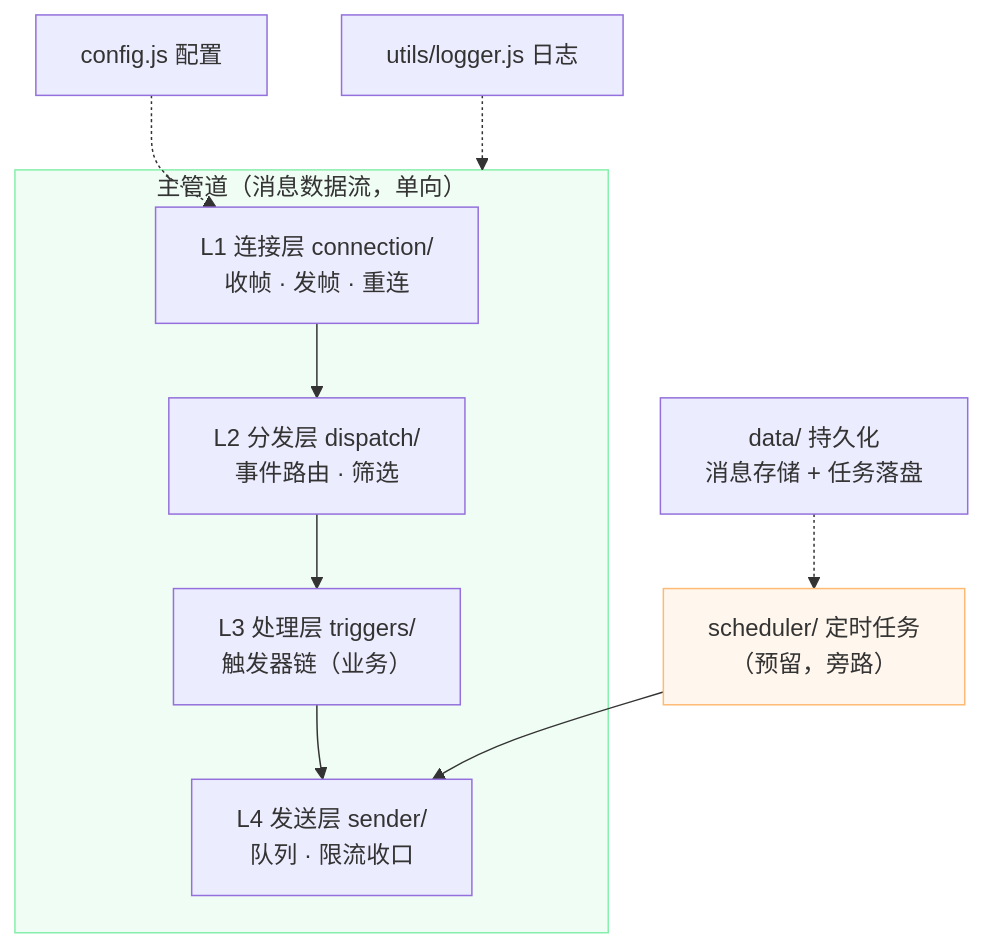
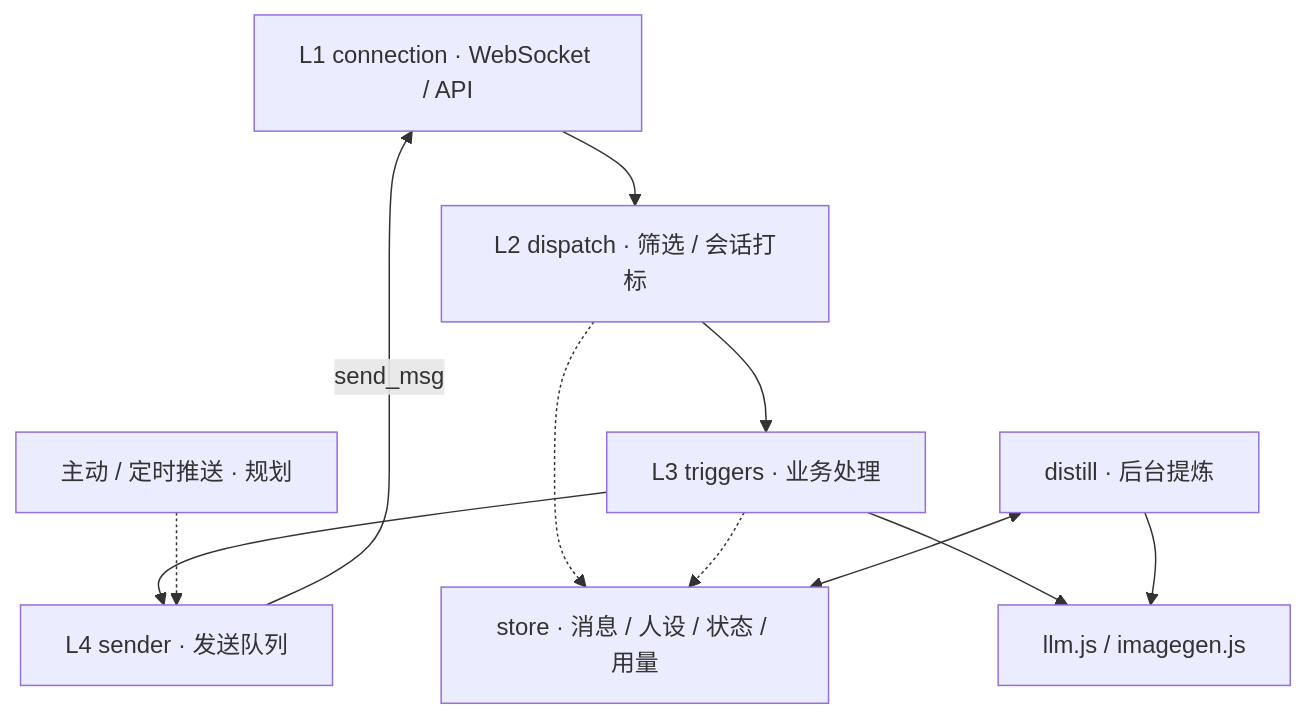
Before and after one commit to kiraTheresa/big-fat-fish-3: the first of 2 diagrams in bot-core-design.md, drawn with Mermaid. The commit also changed other lines of this file and 4 other files, not shown here.

````diff
--- a/bot-core-design.md
+++ b/bot-core-design.md
@@ -13,18 +8,13 @@
 ```mermaid
 flowchart TB
-    subgraph MAIN["主管道（消息数据流，单向）"]
-        C1["L1 连接层 connection/<br/>收帧 · 发帧 · 重连"]
-        D1["L2 分发层 dispatch/<br/>事件路由 · 筛选"]
-        T1["L3 处理层 triggers/<br/>触发器链（业务）"]
-        S1["L4 发送层 sender/<br/>队列 · 限流收口"]
-        C1 --> D1 --> T1 --> S1
-    end
-
-    SCH["scheduler/ 定时任务<br/>（预留，旁路）"] --> S1
-    CFG["config.js 配置"] -.-> C1
-    LOG["utils/logger.js 日志"] -.-> MAIN
-    STORE["data/ 持久化<br/>消息存储 + 任务落盘"] -.-> SCH
-
-    style MAIN fill:#f0fdf4,stroke:#86efac
-    style SCH fill:#fff7ed,stroke:#fdba74
+    C["L1 connection · WebSocket / API"] --> D["L2 dispatch · 筛选 / 会话打标"]
+    D --> T["L3 triggers · 业务处理"]
+    T --> S["L4 sender · 发送队列"]
+    S -->|"send_msg"| C
+    D -.-> STORE["store · 消息 / 人设 / 状态 / 用量"]
+    T -.-> STORE
+    T --> MODEL["llm.js / imagegen.js"]
+    DISTILL["distill · 后台提炼"] <--> STORE
+    DISTILL --> MODEL
+    JOB["主动 / 定时推送 · 规划"] -.-> S
 ```
````
